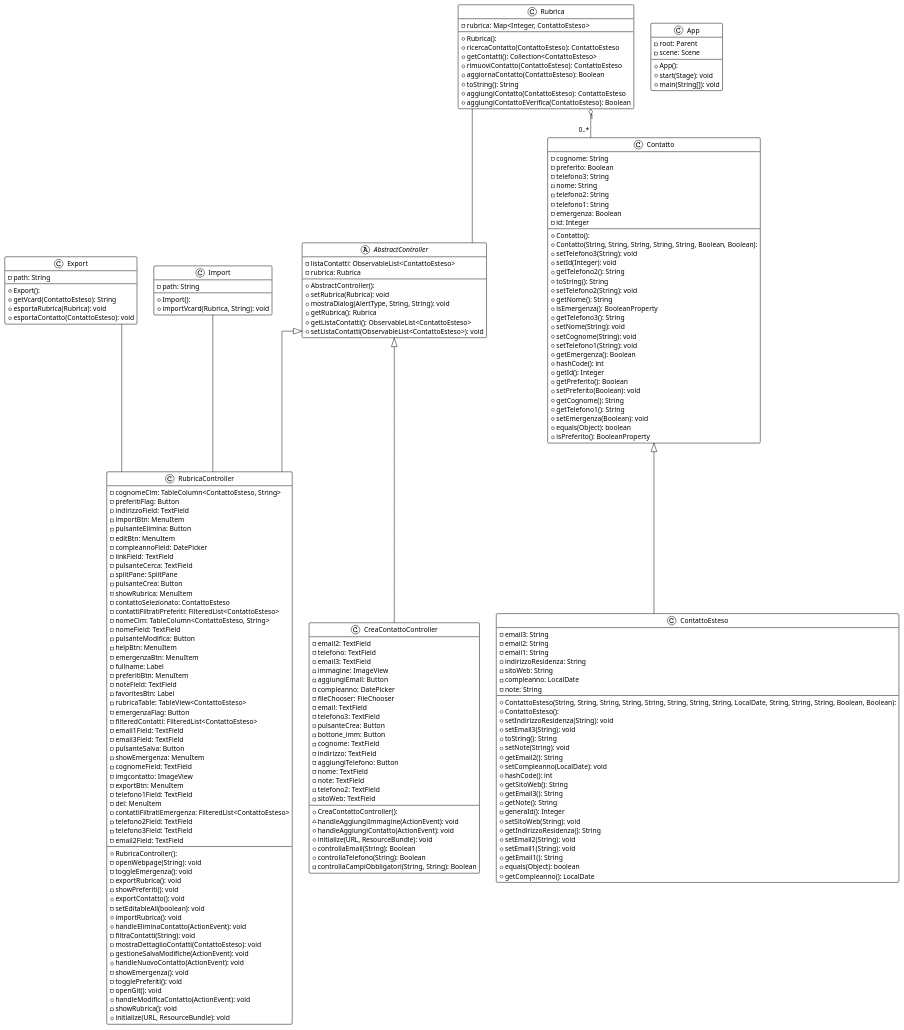
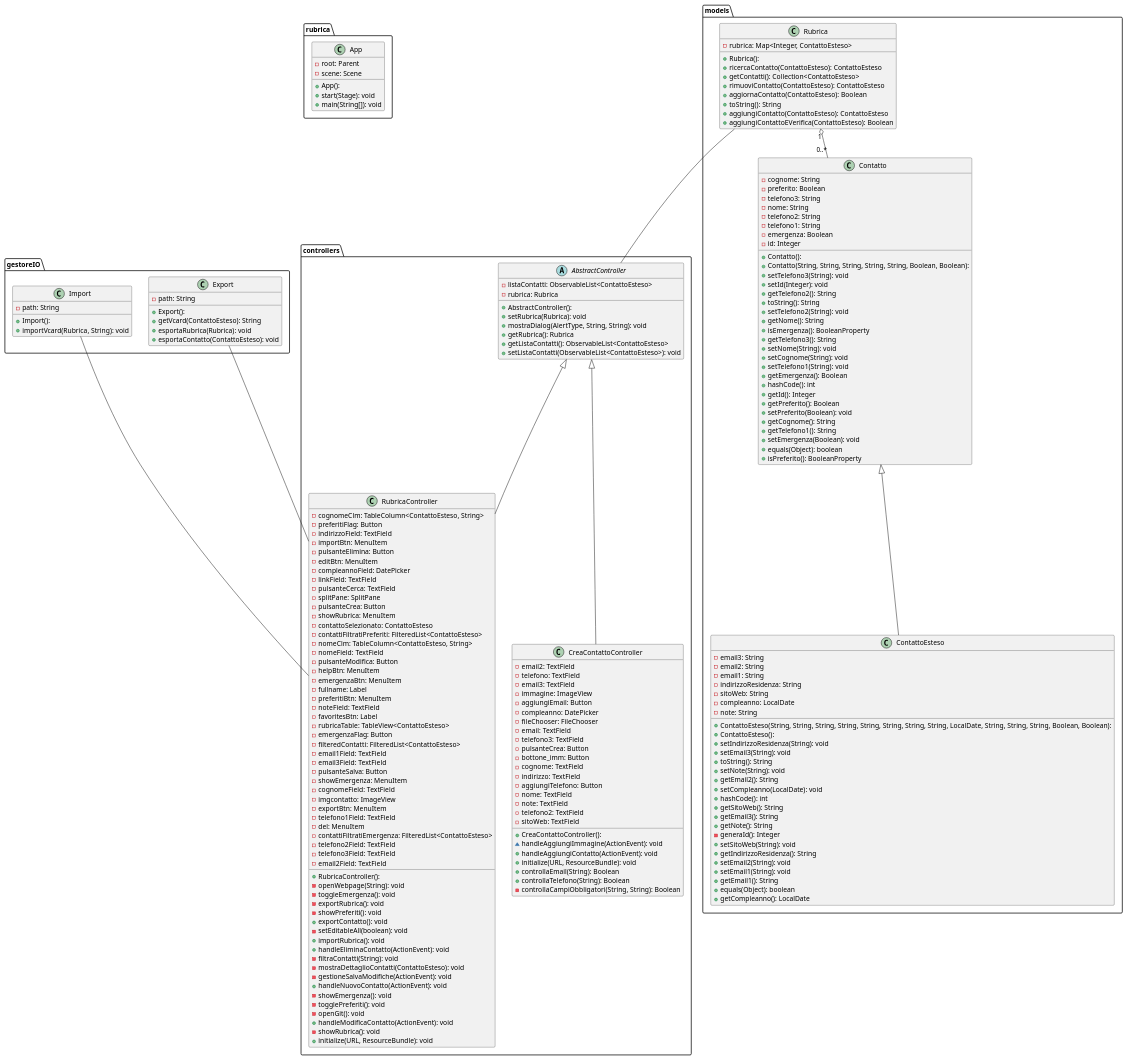
Before and after one commit to emanueletocci/uni-swe-project: the diagram in docs/bozze/Diagrammi/Classi2/DiagrammaClassiDettagliato.puml, drawn with PlantUML.

```diff
--- a/docs/bozze/Diagrammi/Classi2/DiagrammaClassiDettagliato.puml
+++ b/docs/bozze/Diagrammi/Classi2/DiagrammaClassiDettagliato.puml
@@ -1,9 +1,16 @@
 @startuml
 
-!theme plain
-top to bottom direction
-skinparam linetype ortho
+package rubrica {
+class App {
+  + App():
+  - root: Parent
+  - scene: Scene
+  + start(Stage): void
+  + main(String[]): void
+}
+}
 
+package controllers {
  abstract class AbstractController {
   + AbstractController():
   - listaContatti: ObservableList<ContattoEsteso>
@@ -14,13 +21,97 @@
   + getListaContatti(): ObservableList<ContattoEsteso>
   + setListaContatti(ObservableList<ContattoEsteso>): void
 }
-class App {
-  + App():
-  - root: Parent
-  - scene: Scene
-  + start(Stage): void
-  + main(String[]): void
+
+class CreaContattoController {
+  + CreaContattoController():
+  - email2: TextField
+  - telefono: TextField
+  - email3: TextField
+  - immagine: ImageView
+  - aggiungiEmail: Button
+  - compleanno: DatePicker
+  - fileChooser: FileChooser
+  - email: TextField
+  - telefono3: TextField
+  - pulsanteCrea: Button
+  - bottone_imm: Button
+  - cognome: TextField
+  - indirizzo: TextField
+  - aggiungiTelefono: Button
+  - nome: TextField
+  - note: TextField
+  - telefono2: TextField
+  - sitoWeb: TextField
+  ~ handleAggiungiImmagine(ActionEvent): void
+  + handleAggiungiContatto(ActionEvent): void
+  + initialize(URL, ResourceBundle): void
+  + controllaEmail(String): Boolean
+  + controllaTelefono(String): Boolean
+  - controllaCampiObbligatori(String, String): Boolean
 }
+class RubricaController {
+  + RubricaController():
+  - cognomeClm: TableColumn<ContattoEsteso, String>
+  - preferitiFlag: Button
+  - indirizzoField: TextField
+  - importBtn: MenuItem
+  - pulsanteElimina: Button
+  - editBtn: MenuItem
+  - compleannoField: DatePicker
+  - linkField: TextField
+  - pulsanteCerca: TextField
+  - splitPane: SplitPane
+  - pulsanteCrea: Button
+  - showRubrica: MenuItem
+  - contattoSelezionato: ContattoEsteso
+  - contattiFiltratiPreferiti: FilteredList<ContattoEsteso>
+  - nomeClm: TableColumn<ContattoEsteso, String>
+  - nomeField: TextField
+  - pulsanteModifica: Button
+  - helpBtn: MenuItem
+  - emergenzaBtn: MenuItem
+  - fullname: Label
+  - preferitiBtn: MenuItem
+  - noteField: TextField
+  - favoritesBtn: Label
+  - rubricaTable: TableView<ContattoEsteso>
+  - emergenzaFlag: Button
+  - filteredContatti: FilteredList<ContattoEsteso>
+  - email1Field: TextField
+  - email3Field: TextField
+  - pulsanteSalva: Button
+  - showEmergenza: MenuItem
+  - cognomeField: TextField
+  - imgcontatto: ImageView
+  - exportBtn: MenuItem
+  - telefono1Field: TextField
+  - del: MenuItem
+  - contattiFiltratiEmergenza: FilteredList<ContattoEsteso>
+  - telefono2Field: TextField
+  - telefono3Field: TextField
+  - email2Field: TextField
+  - openWebpage(String): void
+  - toggleEmergenza(): void
+  - exportRubrica(): void
+  - showPreferiti(): void
+  + exportContatto(): void
+  - setEditableAll(boolean): void
+  + importRubrica(): void
+  + handleEliminaContatto(ActionEvent): void
+  - filtraContatti(String): void
+  - mostraDettaglioContatti(ContattoEsteso): void
+  - gestioneSalvaModifiche(ActionEvent): void
+  + handleNuovoContatto(ActionEvent): void
+  - showEmergenza(): void
+  - togglePreferiti(): void
+  - openGit(): void
+  + handleModificaContatto(ActionEvent): void
+  - showRubrica(): void
+  + initialize(URL, ResourceBundle): void
+}
+}
+
+package models {
 class Contatto {
   + Contatto():
   + Contatto(String, String, String, String, String, Boolean, Boolean):
@@ -84,34 +175,20 @@
   + getCompleanno(): LocalDate
 }
 
+class Rubrica {
+  + Rubrica():
+  - rubrica: Map<Integer, ContattoEsteso>
+  + ricercaContatto(ContattoEsteso): ContattoEsteso
+  + getContatti(): Collection<ContattoEsteso>
+  + rimuoviContatto(ContattoEsteso): ContattoEsteso
+  + aggiornaContatto(ContattoEsteso): Boolean
+  + toString(): String
+  + aggiungiContatto(ContattoEsteso): ContattoEsteso
+  + aggiungiContattoEVerifica(ContattoEsteso): Boolean
+}
+}
 
-class CreaContattoController {
-  + CreaContattoController():
-  - email2: TextField
-  - telefono: TextField
-  - email3: TextField
-  - immagine: ImageView
-  - aggiungiEmail: Button
-  - compleanno: DatePicker
-  - fileChooser: FileChooser
-  - email: TextField
-  - telefono3: TextField
-  - pulsanteCrea: Button
-  - bottone_imm: Button
-  - cognome: TextField
-  - indirizzo: TextField
-  - aggiungiTelefono: Button
-  - nome: TextField
-  - note: TextField
-  - telefono2: TextField
-  - sitoWeb: TextField
-  ~ handleAggiungiImmagine(ActionEvent): void
-  + handleAggiungiContatto(ActionEvent): void
-  + initialize(URL, ResourceBundle): void
-  + controllaEmail(String): Boolean
-  + controllaTelefono(String): Boolean
-  - controllaCampiObbligatori(String, String): Boolean
-}
+package gestoreIO {
 class Export {
   + Export():
   - path: String
@@ -125,76 +202,6 @@
   - path: String
   + importVcard(Rubrica, String): void
 }
-class Rubrica {
-  + Rubrica():
-  - rubrica: Map<Integer, ContattoEsteso>
-  + ricercaContatto(ContattoEsteso): ContattoEsteso
-  + getContatti(): Collection<ContattoEsteso>
-  + rimuoviContatto(ContattoEsteso): ContattoEsteso
-  + aggiornaContatto(ContattoEsteso): Boolean
-  + toString(): String
-  + aggiungiContatto(ContattoEsteso): ContattoEsteso
-  + aggiungiContattoEVerifica(ContattoEsteso): Boolean
-}
-class RubricaController {
-  + RubricaController():
-  - cognomeClm: TableColumn<ContattoEsteso, String>
-  - preferitiFlag: Button
-  - indirizzoField: TextField
-  - importBtn: MenuItem
-  - pulsanteElimina: Button
-  - editBtn: MenuItem
-  - compleannoField: DatePicker
-  - linkField: TextField
-  - pulsanteCerca: TextField
-  - splitPane: SplitPane
-  - pulsanteCrea: Button
-  - showRubrica: MenuItem
-  - contattoSelezionato: ContattoEsteso
-  - contattiFiltratiPreferiti: FilteredList<ContattoEsteso>
-  - nomeClm: TableColumn<ContattoEsteso, String>
-  - nomeField: TextField
-  - pulsanteModifica: Button
-  - helpBtn: MenuItem
-  - emergenzaBtn: MenuItem
-  - fullname: Label
-  - preferitiBtn: MenuItem
-  - noteField: TextField
-  - favoritesBtn: Label
-  - rubricaTable: TableView<ContattoEsteso>
-  - emergenzaFlag: Button
-  - filteredContatti: FilteredList<ContattoEsteso>
-  - email1Field: TextField
-  - email3Field: TextField
-  - pulsanteSalva: Button
-  - showEmergenza: MenuItem
-  - cognomeField: TextField
-  - imgcontatto: ImageView
-  - exportBtn: MenuItem
-  - telefono1Field: TextField
-  - del: MenuItem
-  - contattiFiltratiEmergenza: FilteredList<ContattoEsteso>
-  - telefono2Field: TextField
-  - telefono3Field: TextField
-  - email2Field: TextField
-  - openWebpage(String): void
-  - toggleEmergenza(): void
-  - exportRubrica(): void
-  - showPreferiti(): void
-  + exportContatto(): void
-  - setEditableAll(boolean): void
-  + importRubrica(): void
-  + handleEliminaContatto(ActionEvent): void
-  - filtraContatti(String): void
-  - mostraDettaglioContatti(ContattoEsteso): void
-  - gestioneSalvaModifiche(ActionEvent): void
-  + handleNuovoContatto(ActionEvent): void
-  - showEmergenza(): void
-  - togglePreferiti(): void
-  - openGit(): void
-  + handleModificaContatto(ActionEvent): void
-  - showRubrica(): void
-  + initialize(URL, ResourceBundle): void
 }
 
 Rubrica    "1" o-- "0..*"   Contatto
```
